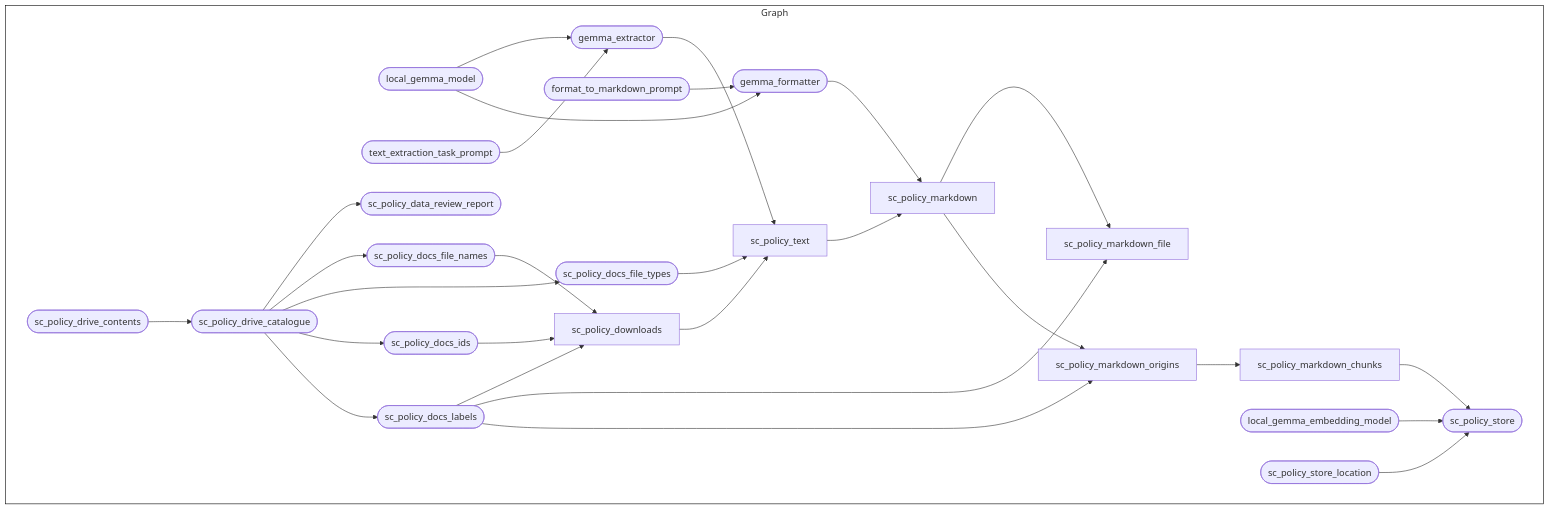
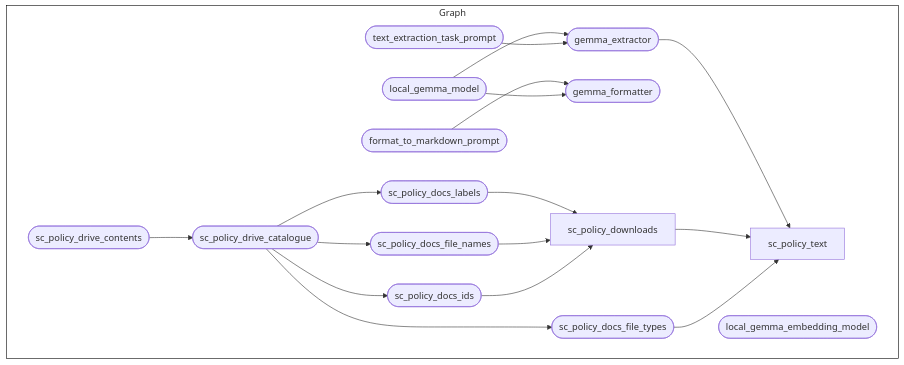
Before and after one commit to OxfordIHTM/seypol: the diagram in README.md, drawn with Mermaid. The commit also changed other lines of this file and 1 other file, not shown here.

````diff
--- a/README.md
+++ b/README.md
@@ -233,34 +234,23 @@
 ``` mermaid
 graph LR
   style Graph fill:#FFFFFF00,stroke:#000000;
   subgraph Graph
     direction LR
     xba597cd142706396(["local_gemma_model"]):::uptodate --> xbdacf1efe57d11ba(["gemma_extractor"]):::outdated
     x1b466685f9e11517(["text_extraction_task_prompt"]):::outdated --> xbdacf1efe57d11ba(["gemma_extractor"]):::outdated
     x6390f6fe62a59357(["format_to_markdown_prompt"]):::outdated --> x27176b5902005e16(["gemma_formatter"]):::outdated
     xba597cd142706396(["local_gemma_model"]):::uptodate --> x27176b5902005e16(["gemma_formatter"]):::outdated
-    xd2d008f1c464dae2(["sc_policy_drive_catalogue"]):::uptodate --> x0213d3acdfc48626(["sc_policy_data_review_report"]):::outdated
     xd2d008f1c464dae2(["sc_policy_drive_catalogue"]):::uptodate --> xa5e9820ec774cf1f(["sc_policy_docs_file_names"]):::uptodate
     xd2d008f1c464dae2(["sc_policy_drive_catalogue"]):::uptodate --> x8d9f0267e7819a0e(["sc_policy_docs_file_types"]):::uptodate
     xd2d008f1c464dae2(["sc_policy_drive_catalogue"]):::uptodate --> x8d87fc6cc54523e3(["sc_policy_docs_ids"]):::uptodate
     xd2d008f1c464dae2(["sc_policy_drive_catalogue"]):::uptodate --> x7ef01fbef9fccbbe(["sc_policy_docs_labels"]):::uptodate
+    x7ef01fbef9fccbbe(["sc_policy_docs_labels"]):::uptodate --> x8572be3fb16caa03["sc_policy_downloads"]:::uptodate
     xa5e9820ec774cf1f(["sc_policy_docs_file_names"]):::uptodate --> x8572be3fb16caa03["sc_policy_downloads"]:::uptodate
-    x7ef01fbef9fccbbe(["sc_policy_docs_labels"]):::uptodate --> x8572be3fb16caa03["sc_policy_downloads"]:::uptodate
     x8d87fc6cc54523e3(["sc_policy_docs_ids"]):::uptodate --> x8572be3fb16caa03["sc_policy_downloads"]:::uptodate
     x5e7ccb22ceeee8bc(["sc_policy_drive_contents"]):::uptodate --> xd2d008f1c464dae2(["sc_policy_drive_catalogue"]):::uptodate
-    x27176b5902005e16(["gemma_formatter"]):::outdated --> x044b00013eb39812["sc_policy_markdown"]:::outdated
-    xcbe4f4b8121299bb["sc_policy_text"]:::outdated --> x044b00013eb39812["sc_policy_markdown"]:::outdated
-    x99d44d985d520465["sc_policy_markdown_origins"]:::outdated --> xf52ac7aa11e5031b["sc_policy_markdown_chunks"]:::outdated
-    x044b00013eb39812["sc_policy_markdown"]:::outdated --> xbd612e9dc82447c3["sc_policy_markdown_file"]:::outdated
-    x7ef01fbef9fccbbe(["sc_policy_docs_labels"]):::uptodate --> xbd612e9dc82447c3["sc_policy_markdown_file"]:::outdated
-    x7ef01fbef9fccbbe(["sc_policy_docs_labels"]):::uptodate --> x99d44d985d520465["sc_policy_markdown_origins"]:::outdated
-    x044b00013eb39812["sc_policy_markdown"]:::outdated --> x99d44d985d520465["sc_policy_markdown_origins"]:::outdated
-    x1a53107f15848636(["local_gemma_embedding_model"]):::uptodate --> x2995403581289a36(["sc_policy_store"]):::outdated
-    xf52ac7aa11e5031b["sc_policy_markdown_chunks"]:::outdated --> x2995403581289a36(["sc_policy_store"]):::outdated
-    x0506af458389a3f2(["sc_policy_store_location"]):::uptodate --> x2995403581289a36(["sc_policy_store"]):::outdated
+    xbdacf1efe57d11ba(["gemma_extractor"]):::outdated --> xcbe4f4b8121299bb["sc_policy_text"]:::outdated
+    x8572be3fb16caa03["sc_policy_downloads"]:::uptodate --> xcbe4f4b8121299bb["sc_policy_text"]:::outdated
     x8d9f0267e7819a0e(["sc_policy_docs_file_types"]):::uptodate --> xcbe4f4b8121299bb["sc_policy_text"]:::outdated
-    x8572be3fb16caa03["sc_policy_downloads"]:::uptodate --> xcbe4f4b8121299bb["sc_policy_text"]:::outdated
-    xbdacf1efe57d11ba(["gemma_extractor"]):::outdated --> xcbe4f4b8121299bb["sc_policy_text"]:::outdated
-    
+    x1a53107f15848636(["local_gemma_embedding_model"]):::uptodate
   end
 ```
````
